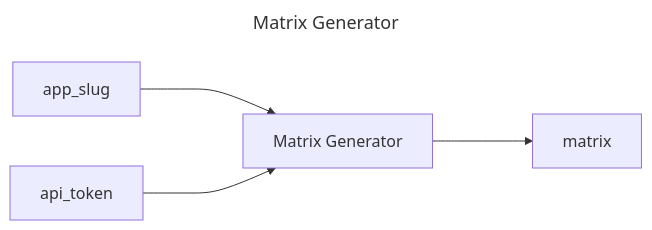
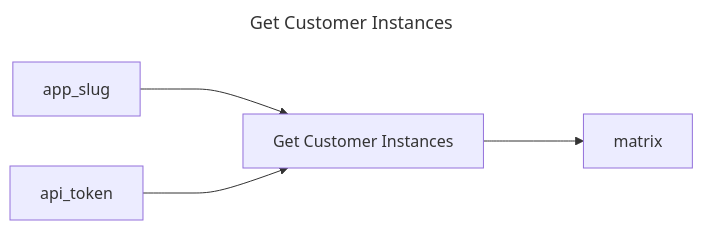
The diagram in get-customer-instances/README.md (replicatedhq/replicated-actions), drawn with Mermaid before and after one commit. The commit also changed other lines of this file and 3 other files, not shown here.

Commit message:
Refactor into get customer instances

````diff
--- a/get-customer-instances/README.md
+++ b/get-customer-instances/README.md
@@ -3,10 +3,10 @@
 ```mermaid
 ---
-title: Matrix Generator
+title: Get Customer Instances
 ---
 graph LR
-matrix_generator["Matrix Generator"]
-app_slug ---> matrix_generator
-api_token ---> matrix_generator
-matrix_generator ---> matrix
+get_customer_instances["Get Customer Instances"]
+app_slug ---> get_customer_instances
+api_token ---> get_customer_instances
+get_customer_instances ---> matrix
 ```
````
